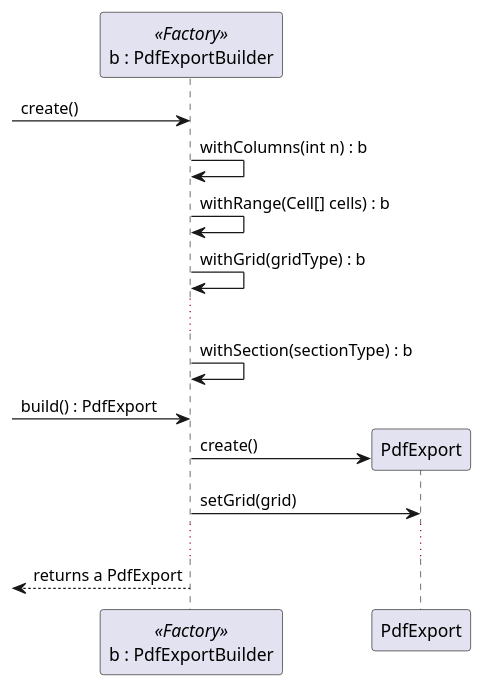
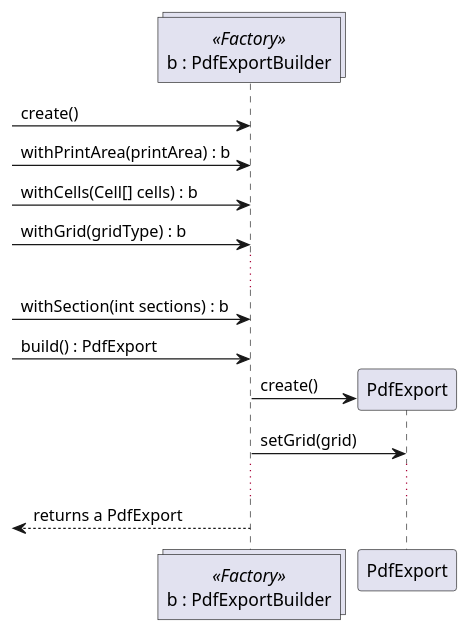
One commit to MikeTekOn/lapr4-2017-2dd changed the diagram in src/main/java/lapr4/blue/s3/core/n1151452/pdfexport/PdfExportBuilder_SD.puml. Above: the diagram before and after it, drawn with PlantUML. The commit also changed 4 other files, not shown here.

```diff
--- a/src/main/java/lapr4/blue/s3/core/n1151452/pdfexport/PdfExportBuilder_SD.puml
+++ b/src/main/java/lapr4/blue/s3/core/n1151452/pdfexport/PdfExportBuilder_SD.puml
@@ -1,20 +1,20 @@
 @startuml PdfExportBuilder_SD.png
 
-participant "b : PdfExportBuilder" as builder <<Factory>>
+collections "b : PdfExportBuilder" as builder <<Factory>>
 participant PdfExport as pdf <<<Entity>>
 
 create builder
 -> builder : create()
-builder -> builder : withColumns(int n) : b
-builder -> builder : withRange(Cell[] cells) : b
-builder -> builder : withGrid(gridType) : b
+ -> builder : withPrintArea(printArea) : b
+ -> builder : withCells(Cell[] cells) : b
+ -> builder : withGrid(gridType) : b
 ...
-builder -> builder : withSection(sectionType) : b
+ -> builder : withSection(int sections) : b
 -> builder : build() : PdfExport
 create pdf
 builder -> pdf : create()
 builder -> pdf : setGrid(grid)
 ...
 <-- builder : returns a PdfExport
 
 @enduml
```
